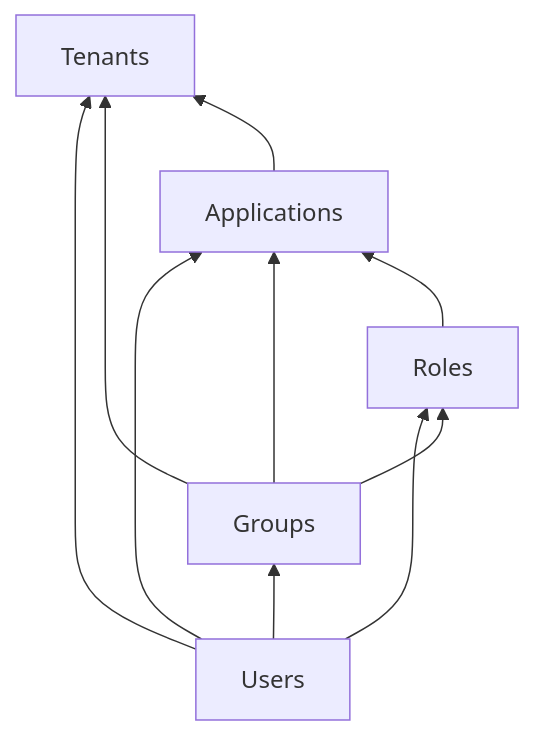
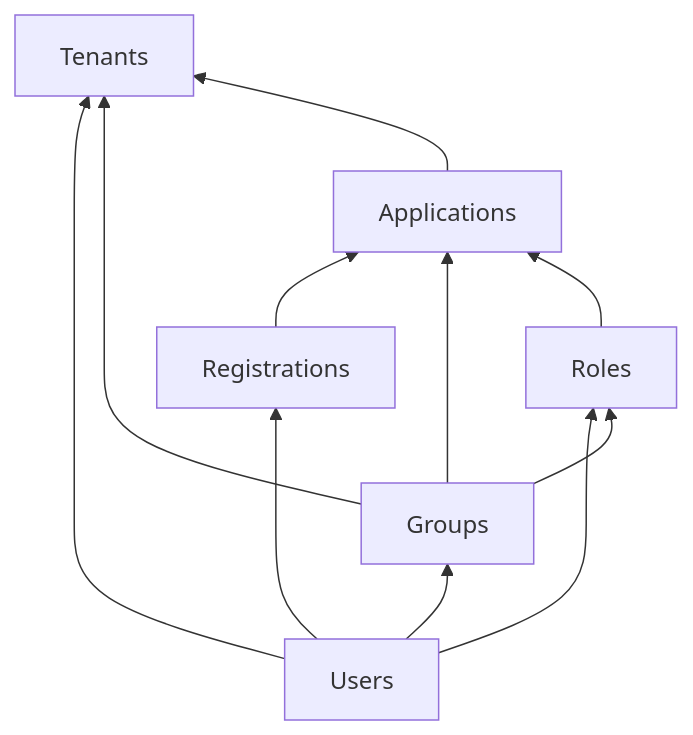
The diagram in astro/src/content/docs/lifecycle/migrate-users/offboard.mdx (FusionAuth/fusionauth-site), drawn with Mermaid before and after one commit. The commit also changed other lines of this file, not shown here.

````diff
--- a/astro/src/content/docs/lifecycle/migrate-users/offboard.mdx
+++ b/astro/src/content/docs/lifecycle/migrate-users/offboard.mdx
@@ -85,12 +86,13 @@
 ```mermaid
 graph BT
-    Users --> Applications
+    Users --> Registrations
+    Registrations --> Applications
     Users --> Groups
     Users --> Tenants
     Users --> Roles
     Groups --> Tenants
     Groups --> Roles
     Groups --> Applications
     Roles --> Applications
     Applications --> Tenants
 ```
````
